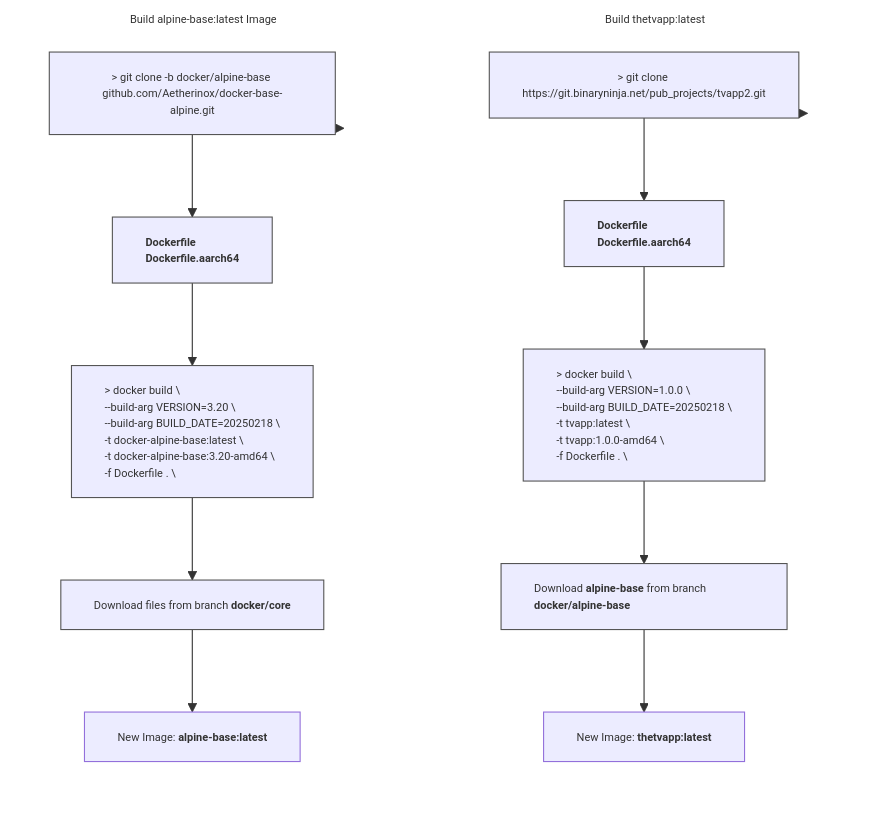
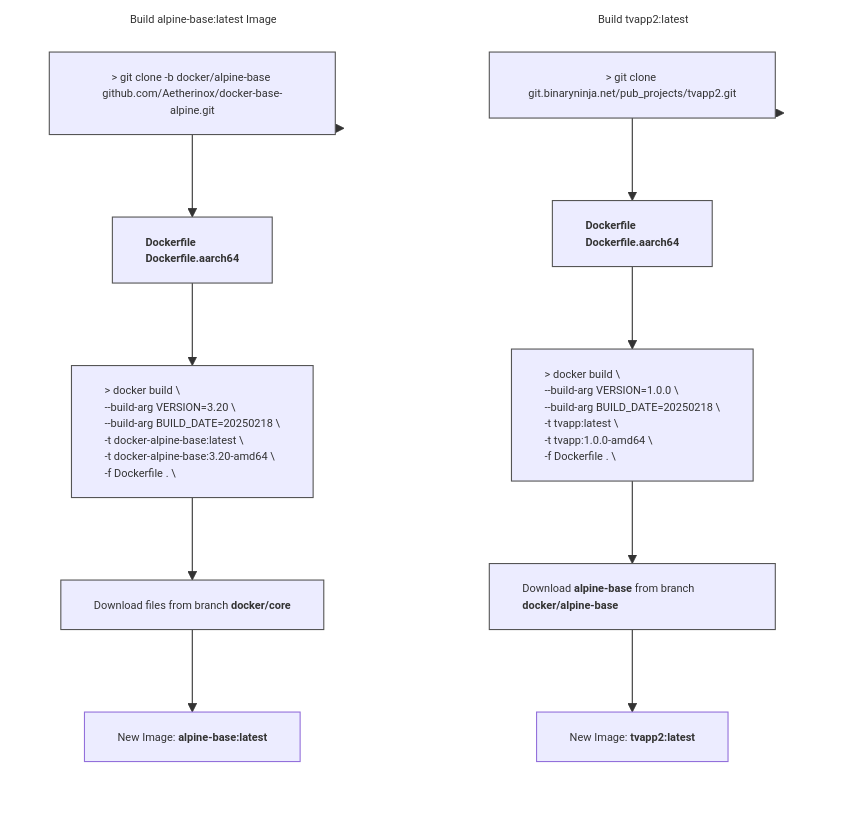
The second of 2 diagrams in README.md (iFlip721/tvapp2), drawn with Mermaid before and after one commit.

Commit message:
docs: update docker image label for mermaid chart

````diff
--- a/README.md
+++ b/README.md
@@ -125,51 +125,51 @@
 ```mermaid
 %%{init: { 'themeVariables': { 'fontSize': '10px' }}}%%
 flowchart TB
 
-subgraph GRAPH_TVAPP ["Build thetvapp:latest"]
+subgraph GRAPH_TVAPP ["Build tvapp2:latest"]
     direction TB
-    obj_step10["`&gt; git clone https://git.binaryninja.net/pub_projects/tvapp2.git`"]
+    obj_step10["`&gt; git clone git.binaryninja.net/pub_projects/tvapp2.git`"]
     obj_step11["`**Dockerfile
      Dockerfile.aarch64**`"]
     obj_step12["`&gt; docker build &bsol;
     --build-arg VERSION=1.0.0 &bsol;
     --build-arg BUILD_DATE=20250218 &bsol;
     -t tvapp:latest &bsol;
     -t tvapp:1.0.0-amd64 &bsol;
     -f Dockerfile . &bsol;`"]
     obj_step13["`Download **alpine-base** from branch **docker/alpine-base**`"]
-    obj_step14["`New Image: **thetvapp:latest**`"]
+    obj_step14["`New Image: **tvapp2:latest**`"]
 
     style obj_step10 text-align:center,stroke-width:1px,stroke:#555
     style obj_step11 text-align:left,stroke-width:1px,stroke:#555
     style obj_step12 text-align:left,stroke-width:1px,stroke:#555
     style obj_step13 text-align:left,stroke-width:1px,stroke:#555
 end
 
 style GRAPH_TVAPP text-align:center,stroke-width:1px,stroke:transparent,fill:transparent
 
 subgraph GRAPH_ALPINE["Build alpine-base:latest Image"]
 direction TB
     obj_step20["`&gt; git clone -b docker/alpine-base github.com/Aetherinox/docker-base-alpine.git`"]
     obj_step21["`**Dockerfile
      Dockerfile.aarch64**`"]
     obj_step22["`&gt; docker build &bsol;
     --build-arg VERSION=3.20 &bsol;
     --build-arg BUILD_DATE=20250218 &bsol;
     -t docker-alpine-base:latest &bsol;
     -t docker-alpine-base:3.20-amd64 &bsol;
     -f Dockerfile . &bsol;`"]
     obj_step23["`Download files from branch **docker/core**`"]
     obj_step24["`New Image: **alpine-base:latest**`"]
 
     style obj_step20 text-align:center,stroke-width:1px,stroke:#555
     style obj_step21 text-align:left,stroke-width:1px,stroke:#555
     style obj_step22 text-align:left,stroke-width:1px,stroke:#555
     style obj_step23 text-align:left,stroke-width:1px,stroke:#555
 end
 
 style GRAPH_ALPINE text-align:center,stroke-width:1px,stroke:transparent,fill:transparent
 
 GRAPH_TVAPP --> obj_step10 --> obj_step11 --> obj_step12 --> obj_step13 --> obj_step14
 GRAPH_ALPINE --> obj_step20 --> obj_step21 --> obj_step22 --> obj_step23 --> obj_step24
 ```
````
